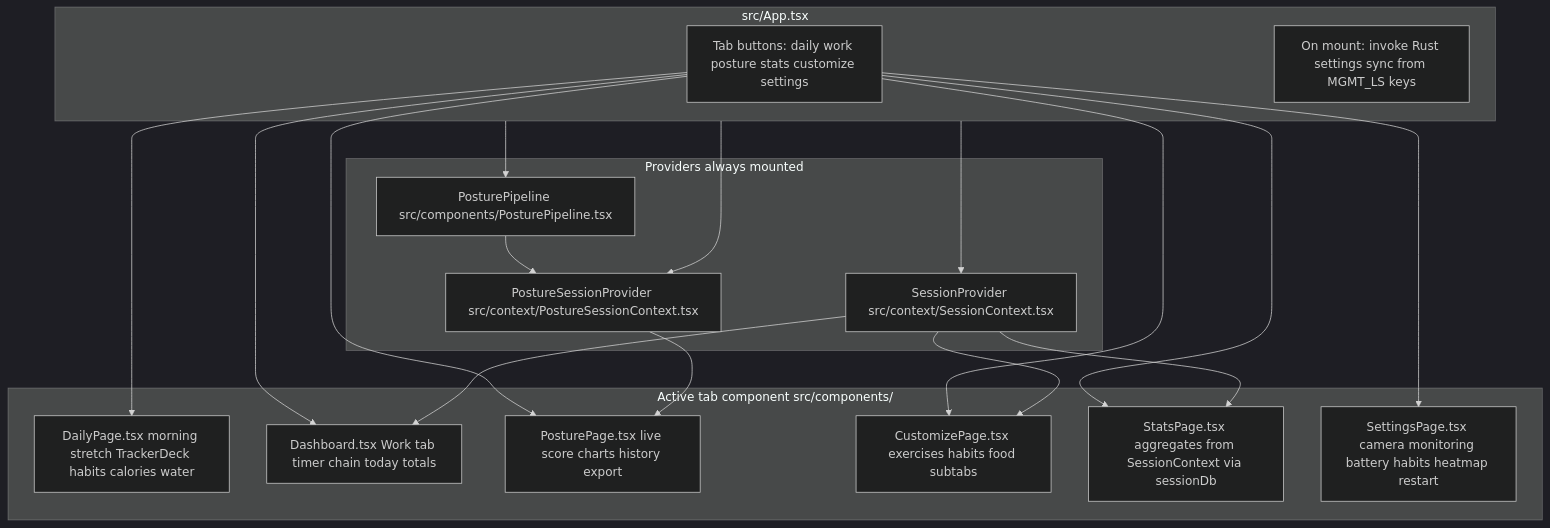
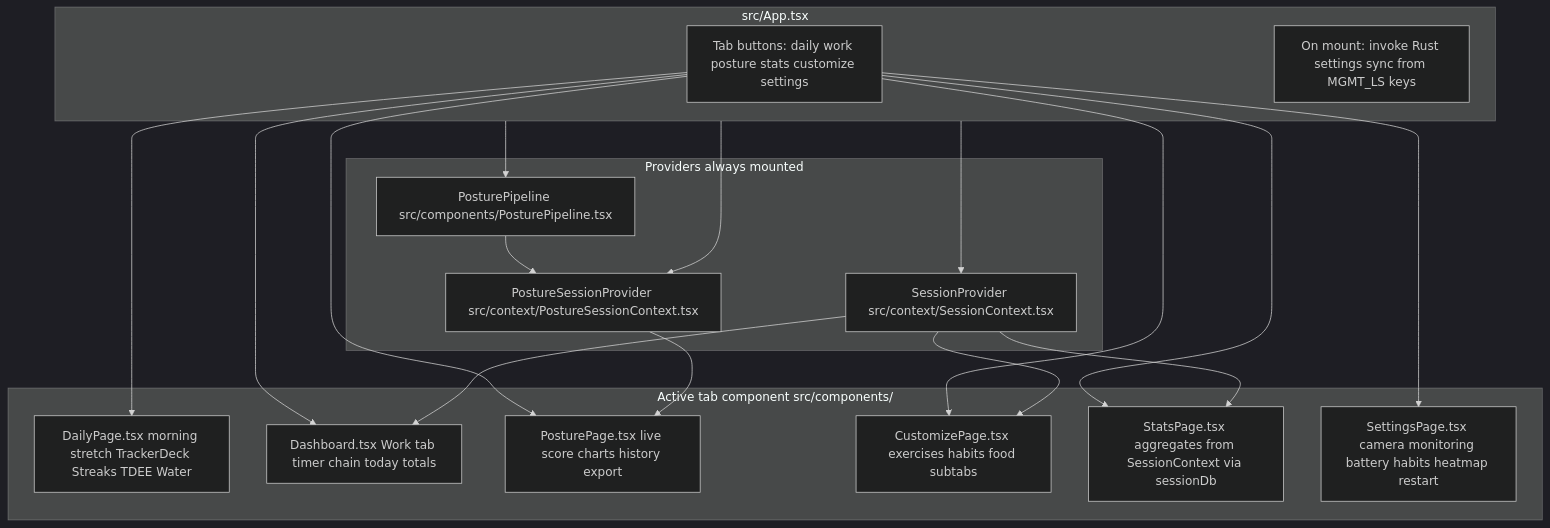
One commit to jdserenity/management changed the first of 3 diagrams in docs/ARCHITECTURE.md. Above: the diagram before and after it, drawn with Mermaid (dark theme). The commit also changed other lines of this file and 3 other files, not shown here.

Commit message:
Match the tracker deck to the stacked peek layout and lock in Streaks/TDEE/Water naming.

````diff
--- a/docs/ARCHITECTURE.md
+++ b/docs/ARCHITECTURE.md
@@ -75,34 +75,34 @@
 ```mermaid
 flowchart TB
   subgraph app["src/App.tsx"]
     nav["Tab buttons: daily work posture stats customize settings"]
     boot["On mount: invoke Rust settings sync from MGMT_LS keys"]
   end
   subgraph providers["Providers always mounted"]
     SP["SessionProvider src/context/SessionContext.tsx"]
     PSP["PostureSessionProvider src/context/PostureSessionContext.tsx"]
     PL["PosturePipeline src/components/PosturePipeline.tsx"]
   end
   subgraph tabs["Active tab component src/components/"]
-    Daily["DailyPage.tsx morning stretch TrackerDeck habits calories water"]
+    Daily["DailyPage.tsx morning stretch TrackerDeck Streaks TDEE Water"]
     D["Dashboard.tsx Work tab timer chain today totals"]
     PPg["PosturePage.tsx live score charts history export"]
     CW["CustomizePage.tsx exercises habits food subtabs"]
     ST["StatsPage.tsx aggregates from SessionContext via sessionDb"]
     SE["SettingsPage.tsx camera monitoring battery habits heatmap restart"]
   end
   nav --> Daily
   nav --> D
   nav --> PPg
   nav --> CW
   nav --> ST
   nav --> SE
   app --> SP
   app --> PSP
   app --> PL
   SP --> D
   SP --> CW
   SP --> ST
   PSP --> PPg
   PL --> PSP
 ```
````
